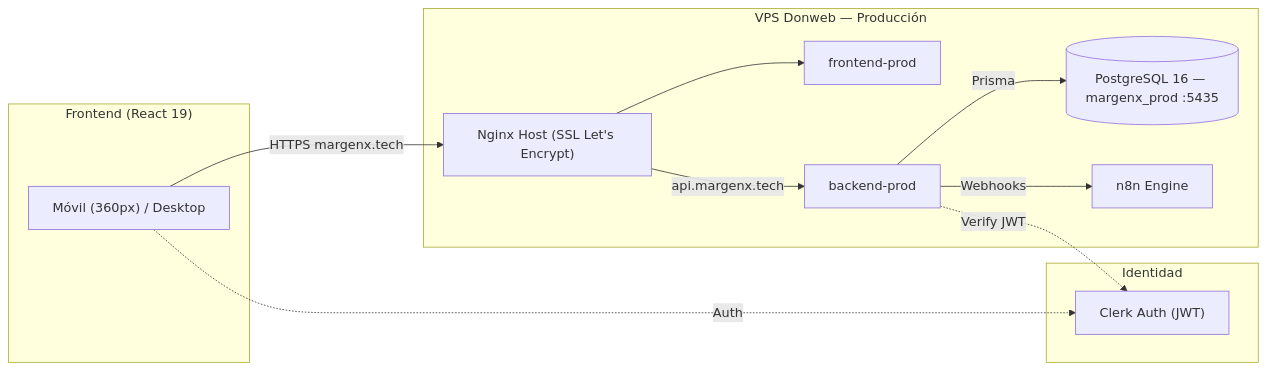
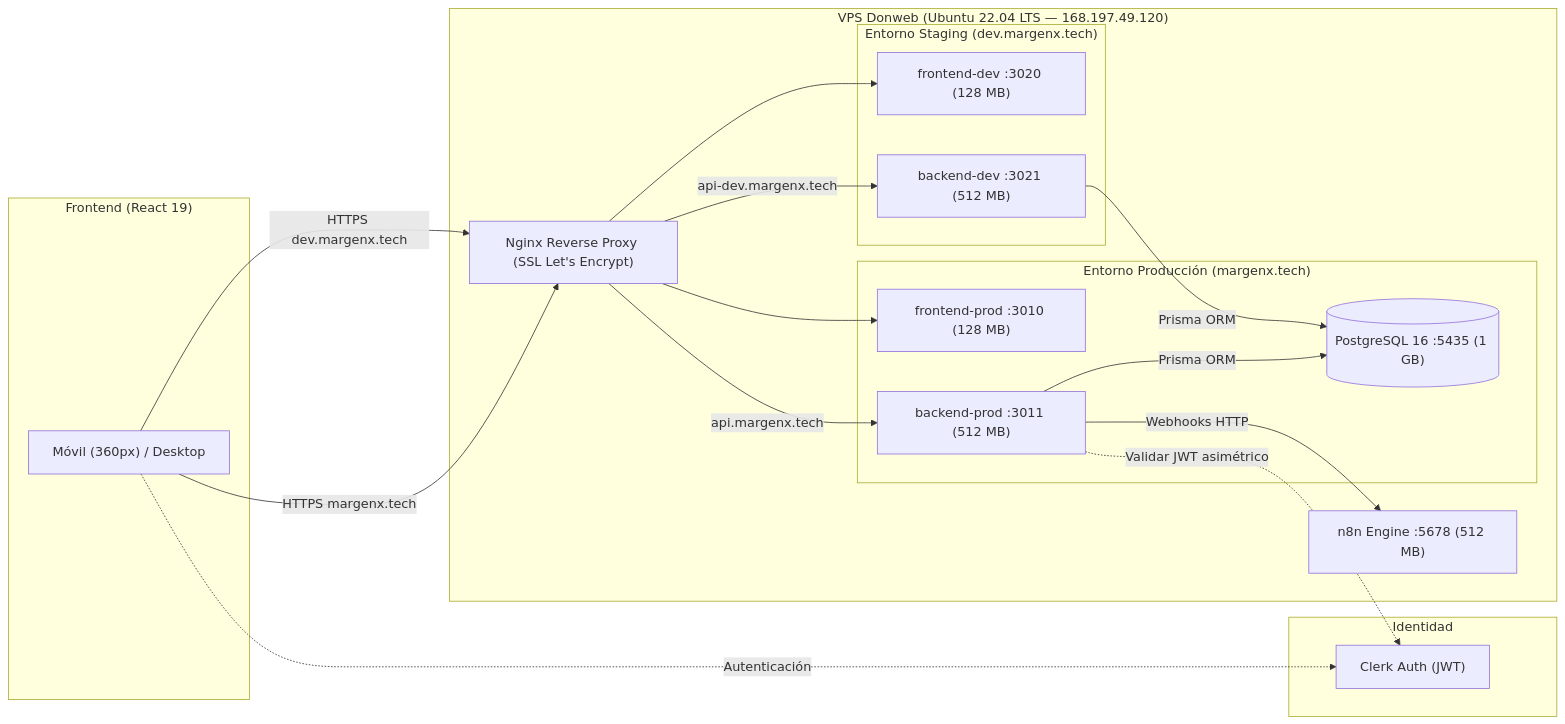
The second of 2 diagrams in docs/entregables/entrega-pps-sprint-3.md (dgimenezdeveloper/margenx), drawn with Mermaid before and after one commit. The commit also changed other lines of this file, not shown here.

````diff
--- a/docs/entregables/entrega-pps-sprint-3.md
+++ b/docs/entregables/entrega-pps-sprint-3.md
@@ -181,23 +165,40 @@
 ```mermaid
 graph LR
     subgraph CLIENTE ["Frontend (React 19)"]
         Browser["Móvil (360px) / Desktop"]
     end
     subgraph IDP ["Identidad"]
         Clerk["Clerk Auth (JWT)"]
     end
-    subgraph VPS ["VPS Donweb — Producción"]
-        Nginx["Nginx Host (SSL Let's Encrypt)"]
-        Front["frontend-prod"]
-        Back["backend-prod"]
-        DB[("PostgreSQL 16 — margenx_prod :5435")]
-        N8N["n8n Engine"]
+    subgraph VPS ["VPS Donweb (Ubuntu 22.04 LTS — 168.197.49.120)"]
+        Nginx["Nginx Reverse Proxy (SSL Let's Encrypt)"]
+        
+        subgraph PROD ["Entorno Producción (margenx.tech)"]
+            FrontP["frontend-prod :3010 (128 MB)"]
+            BackP["backend-prod :3011 (512 MB)"]
+            DB_P[("PostgreSQL 16 :5435 (1 GB)")]
+        end
+        
+        subgraph STAGING ["Entorno Staging (dev.margenx.tech)"]
+            FrontS["frontend-dev :3020 (128 MB)"]
+            BackS["backend-dev :3021 (512 MB)"]
+        end
+        
+        N8N["n8n Engine :5678 (512 MB)"]
     end
+    
     Browser -->|"HTTPS margenx.tech"| Nginx
-    Browser -.->|Auth| Clerk
-    Nginx --> Front
-    Nginx -->|"api.margenx.tech"| Back
-    Back -->|Prisma| DB
-    Back -.->|Verify JWT| Clerk
-    Back -->|Webhooks| N8N
+    Browser -->|"HTTPS dev.margenx.tech"| Nginx
+    Browser -.->|Autenticación| Clerk
+    
+    Nginx --> FrontP
+    Nginx --> FrontS
+    Nginx -->|"api.margenx.tech"| BackP
+    Nginx -->|"api-dev.margenx.tech"| BackS
+    
+    BackP -->|Prisma ORM| DB_P
+    BackS -->|Prisma ORM| DB_P
+    
+    BackP -.->|Validar JWT asimétrico| Clerk
+    BackP -->|Webhooks HTTP| N8N
 ```
````
